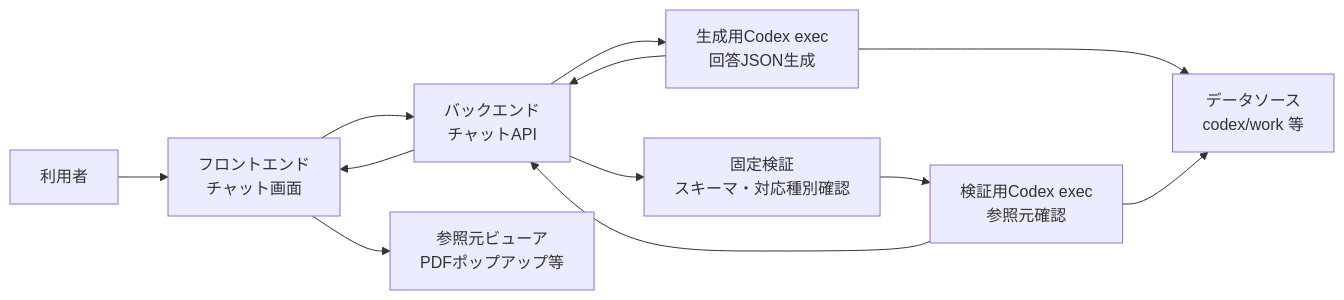
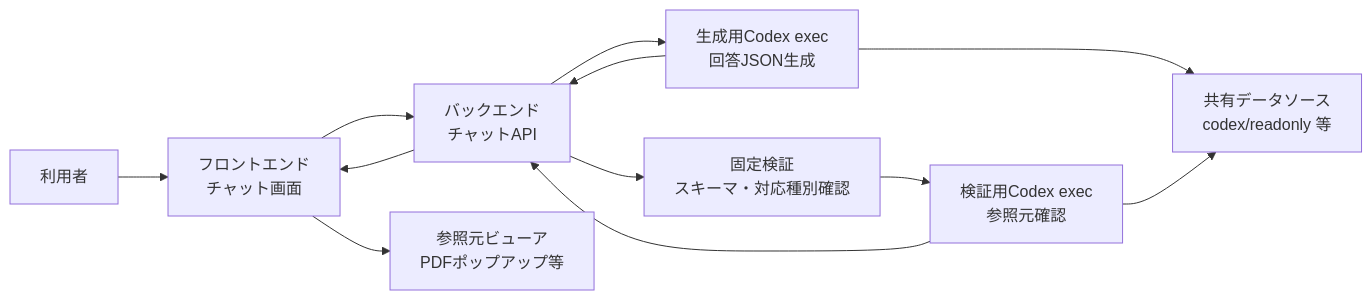
Before and after one commit to mincsys/D-Concierge: the first of 3 diagrams in docs/01_要件定義/MVP要件定義.md, drawn with Mermaid. The commit also changed other lines of this file and 3 other files, not shown here.

````diff
--- a/docs/01_要件定義/MVP要件定義.md
+++ b/docs/01_要件定義/MVP要件定義.md
@@ -86,14 +88,14 @@
 ```mermaid
 flowchart LR
   User["利用者"] --> Frontend["フロントエンド<br>チャット画面"]
   Frontend --> Backend["バックエンド<br>チャットAPI"]
   Backend --> GenCodex["生成用Codex exec<br>回答JSON生成"]
-  GenCodex --> DataSource["データソース<br>codex/work 等"]
+  GenCodex --> DataSource["共有データソース<br>codex/readonly 等"]
   GenCodex --> Backend
   Backend --> FixedValidation["固定検証<br>スキーマ・対応種別確認"]
   FixedValidation --> ValidateCodex["検証用Codex exec<br>参照元確認"]
   ValidateCodex --> DataSource
   ValidateCodex --> Backend
   Backend --> Frontend
   Frontend --> ReferenceViewer["参照元ビューア<br>PDFポップアップ等"]
 ```
````
